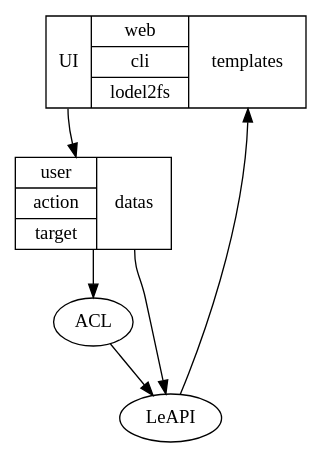
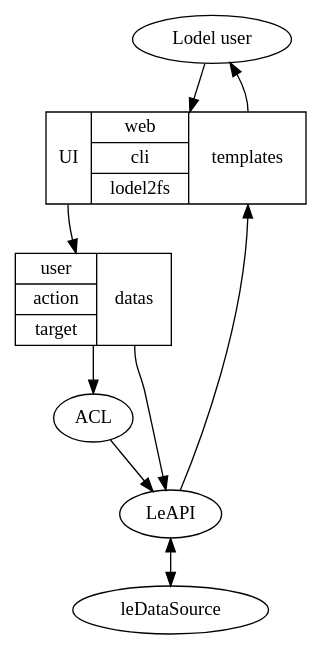
The diagram in doc/img/graphviz/lodel2_ui.dot (OpenEdition/lodel2), drawn with Graphviz before and after one commit.

Commit message:
Updated lodel2 UI schema in documentation

```diff
--- a/doc/img/graphviz/lodel2_ui.dot
+++ b/doc/img/graphviz/lodel2_ui.dot
@@ -1,15 +1,19 @@
 digraph Lodel2_architecture {
 	
+	user [label="Lodel user"]
 	ui [label="<ui> UI|{web|cli|lodel2fs}|<tpl> templates", shape=record]
 
 	action [label="{user|action|target}|<datas> datas}", shape=record]
 	ACL
 	leapi [label="LeAPI"]
 
+	user -> ui
+	ui:tpl -> user
 	ui:ui -> action
 	action -> ACL
 	ACL -> leapi
 	action:datas -> leapi
 	leapi -> ui:tpl
+	leapi -> leDataSource [dir=both]
 
 }
```
